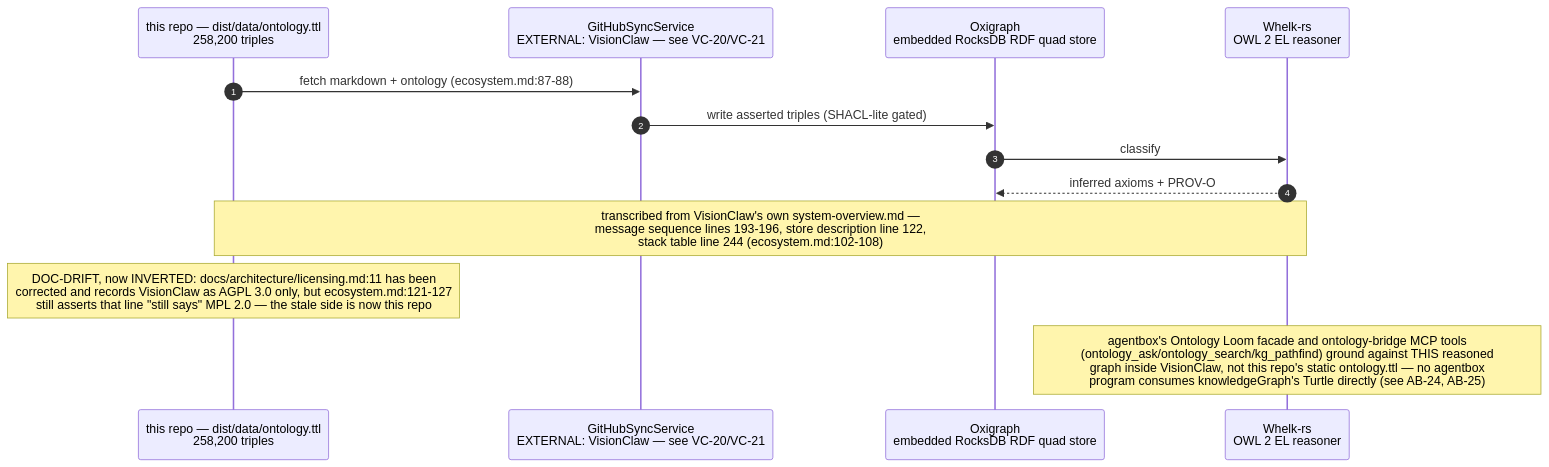
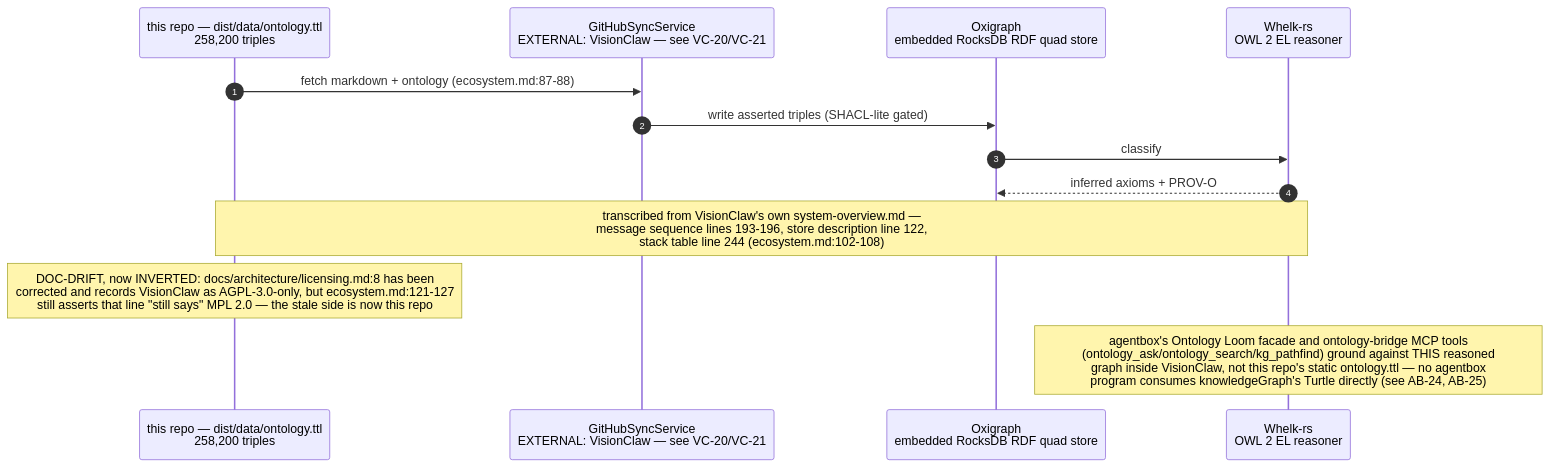
One commit to DreamLab-AI/VisionFlow changed the second of 3 diagrams in docs/diagrams/knowledgegraph/06-consumers-and-integration.md. Above: the diagram before and after it, drawn with Mermaid. The commit also changed other lines of this file and 160 other files, not shown here.

````diff
--- a/docs/diagrams/knowledgegraph/06-consumers-and-integration.md
+++ b/docs/diagrams/knowledgegraph/06-consumers-and-integration.md
@@ -46,16 +48,16 @@
 ```mermaid
 sequenceDiagram
     autonumber
     participant KG as this repo — dist/data/ontology.ttl<br/>258,200 triples
     participant SYNC as GitHubSyncService<br/>EXTERNAL: VisionClaw — see VC-20/VC-21
     participant OXI as Oxigraph<br/>embedded RocksDB RDF quad store
     participant WHELK as Whelk-rs<br/>OWL 2 EL reasoner
 
     KG->>SYNC: fetch markdown + ontology #40;ecosystem.md:87-88#41;
     SYNC->>OXI: write asserted triples #40;SHACL-lite gated#41;
     OXI->>WHELK: classify
     WHELK-->>OXI: inferred axioms + PROV-O
     Note over KG,WHELK: transcribed from VisionClaw's own system-overview.md —<br/>message sequence lines 193-196, store description line 122,<br/>stack table line 244 #40;ecosystem.md:102-108#41;
-    Note over KG: DOC-DRIFT, now INVERTED: docs/architecture/licensing.md:11 has been<br/>corrected and records VisionClaw as AGPL 3.0 only, but ecosystem.md:121-127<br/>still asserts that line "still says" MPL 2.0 — the stale side is now this repo
+    Note over KG: DOC-DRIFT, now INVERTED: docs/architecture/licensing.md:8 has been<br/>corrected and records VisionClaw as AGPL-3.0-only, but ecosystem.md:121-127<br/>still asserts that line "still says" MPL 2.0 — the stale side is now this repo
     Note over WHELK: agentbox's Ontology Loom facade and ontology-bridge MCP tools<br/>#40;ontology_ask/ontology_search/kg_pathfind#41; ground against THIS reasoned<br/>graph inside VisionClaw, not this repo's static ontology.ttl — no agentbox<br/>program consumes knowledgeGraph's Turtle directly #40;see AB-24, AB-25#41;
 ```
````
